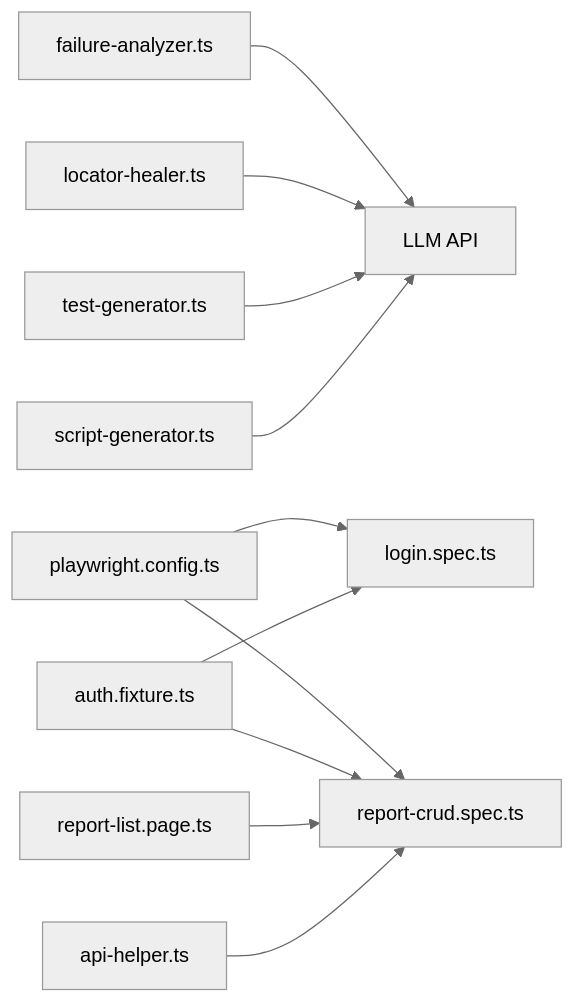
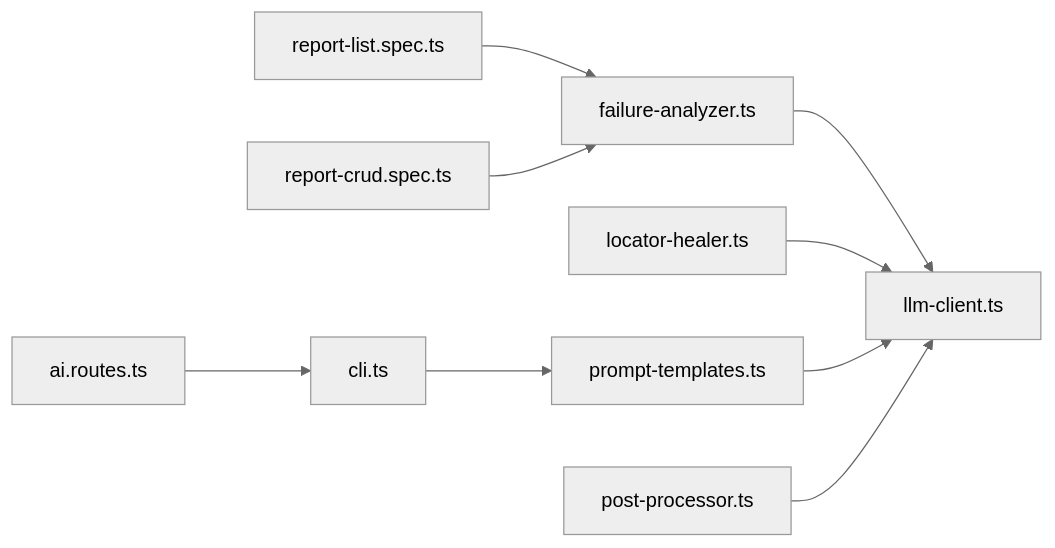
Before and after one commit to zzgoviziwind/--playwright: the sixth of 6 diagrams in .qoder/repowiki/zh/content/AI测试生成系统/AI失败分析工具.md, drawn with Mermaid (neutral theme). The commit also changed other lines of this file and 112 other files, not shown here.

````diff
--- a/.qoder/repowiki/zh/content/AI测试生成系统/AI失败分析工具.md
+++ b/.qoder/repowiki/zh/content/AI测试生成系统/AI失败分析工具.md
@@ -267,13 +345,11 @@
 ```mermaid
 graph LR
-FA["failure-analyzer.ts"] --> LLM["LLM API"]
+FA["failure-analyzer.ts"] --> LLM["llm-client.ts"]
 LH["locator-healer.ts"] --> LLM
-TG["test-generator.ts"] --> LLM
-SG["script-generator.ts"] --> LLM
-CFG["playwright.config.ts"] --> SPEC1["login.spec.ts"]
-CFG --> SPEC2["report-crud.spec.ts"]
-FIX["auth.fixture.ts"] --> SPEC1
-FIX --> SPEC2
-PAGE["report-list.page.ts"] --> SPEC2
-UTIL["api-helper.ts"] --> SPEC2
+PT["prompt-templates.ts"] --> LLM
+PP["post-processor.ts"] --> LLM
+CLI["cli.ts"] --> PT
+API["ai.routes.ts"] --> CLI
+SPEC1["report-list.spec.ts"] --> FA
+SPEC2["report-crud.spec.ts"] --> FA
 ```
````
